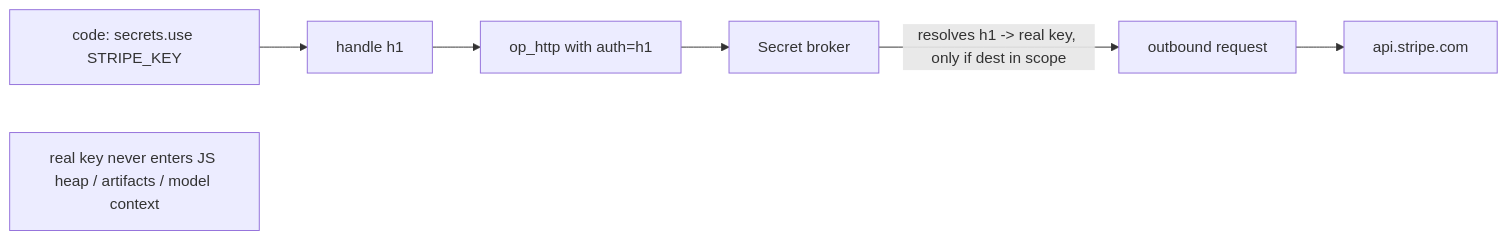
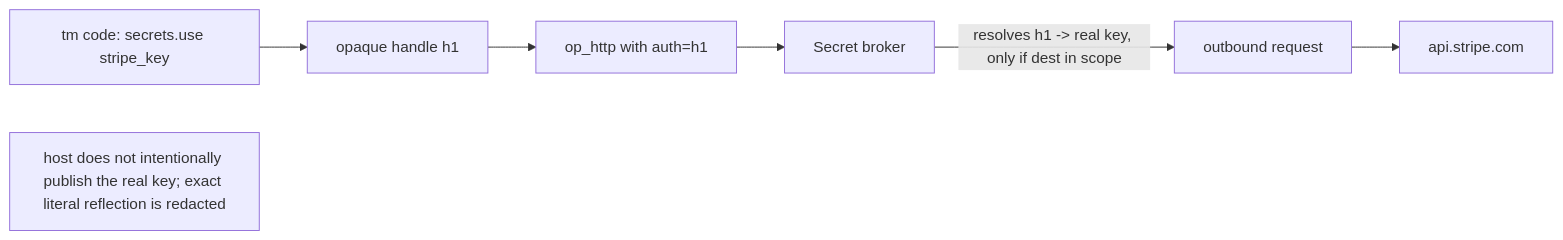
The diagram in docs/design/core/08-security-model.md (mozufu/TempestMiku), drawn with Mermaid before and after one commit. The commit also changed other lines of this file and 20 other files, not shown here.

Commit message:
docs(repo/roadmap): record completed milestone gates

````diff
--- a/docs/design/core/08-security-model.md
+++ b/docs/design/core/08-security-model.md
@@ -82,9 +115,9 @@
 ```mermaid
 flowchart LR
-    C[code: secrets.use STRIPE_KEY] --> HD[handle h1]
+    C[tm code: secrets.use stripe_key] --> HD[opaque handle h1]
     HD --> OP[op_http with auth=h1]
     OP --> BR[Secret broker]
     BR -->|resolves h1 -> real key, only if dest in scope| REQ[outbound request]
     REQ --> API[api.stripe.com]
-    note["real key never enters JS heap / artifacts / model context"]
+    note["host does not intentionally publish the real key; exact literal reflection is redacted"]
 ```
````
